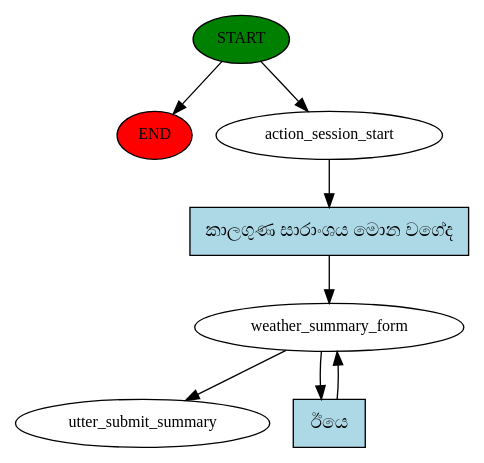
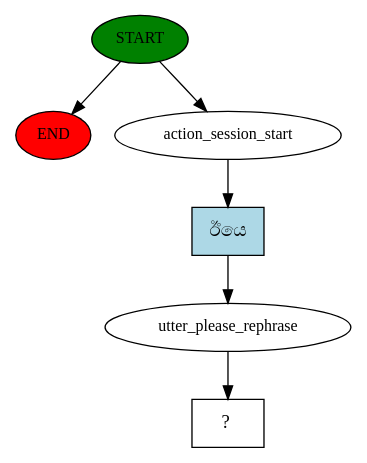
Before and after one commit to vimuth97/sinhala-weather-chatbot: the diagram in story_graph.dot, drawn with Graphviz. The commit also changed 4 other files, not shown here.

```diff
--- a/story_graph.dot
+++ b/story_graph.dot
@@ -1,16 +1,13 @@
 digraph  {
 0 [class="start active", fillcolor=green, fontsize=12, label=START, style=filled];
 "-1" [class=end, fillcolor=red, fontsize=12, label=END, style=filled];
 1 [class=active, fontsize=12, label=action_session_start];
-2 [class=active, fontsize=12, label=weather_summary_form];
-4 [class="dashed active", fontsize=12, label=utter_submit_summary];
-5 [class="intent active", fillcolor=lightblue, label="කාලගුණ සාරාංශය මොන වගේද", shape=rect, style=filled];
-6 [class="intent active", fillcolor=lightblue, label="ඊයෙ", shape=rect, style=filled];
+2 [class=active, fontsize=12, label=utter_please_rephrase];
+3 [class="intent dashed active", label="  ?  ", shape=rect];
+4 [class="intent active", fillcolor=lightblue, label="ඊයෙ", shape=rect, style=filled];
 0 -> "-1"  [class="", key=NONE, label=""];
 0 -> 1  [class=active, key=NONE, label=""];
-1 -> 5  [class=active, key=0];
-2 -> 4  [class=active, key=NONE, label=""];
-2 -> 6  [class=active, key=0];
-5 -> 2  [class=active, key=0];
-6 -> 2  [class=active, key=0];
+1 -> 4  [class=active, key=0];
+2 -> 3  [class=active, key=NONE, label=""];
+4 -> 2  [class=active, key=0];
 }
```
